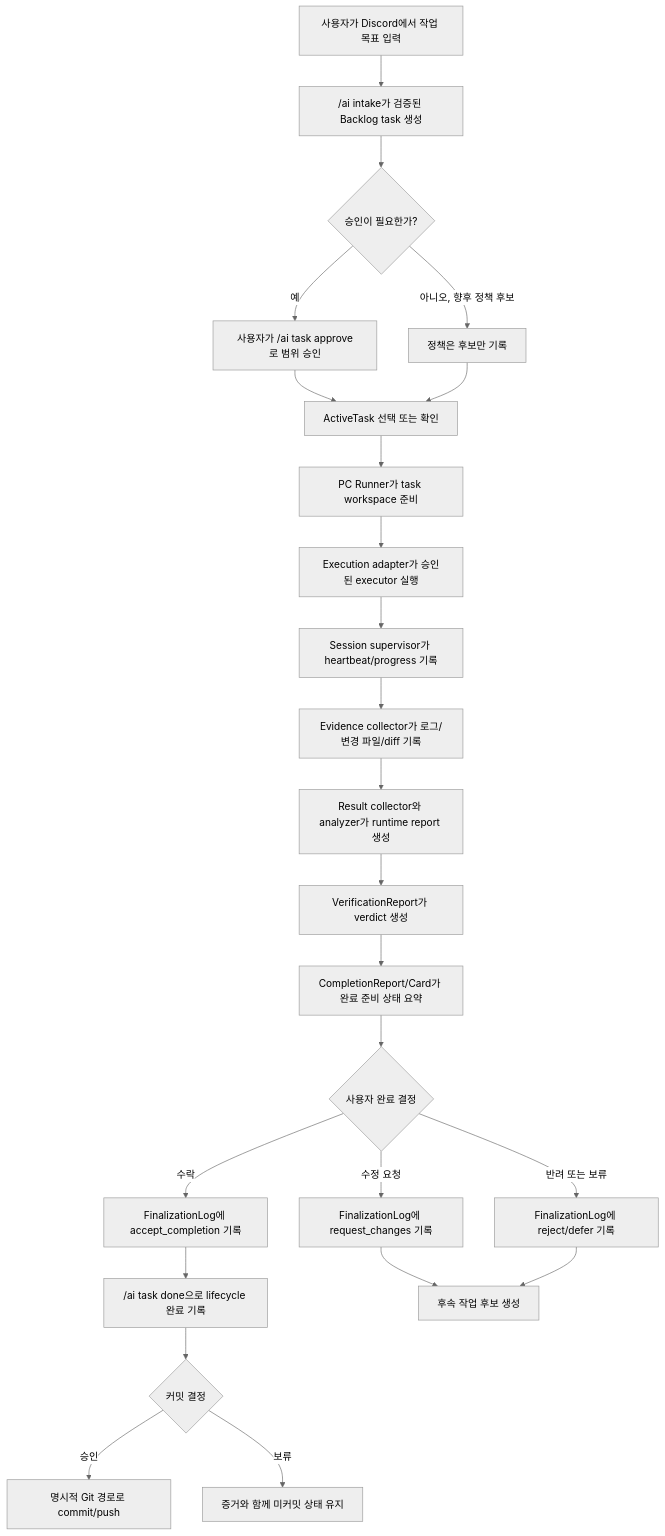
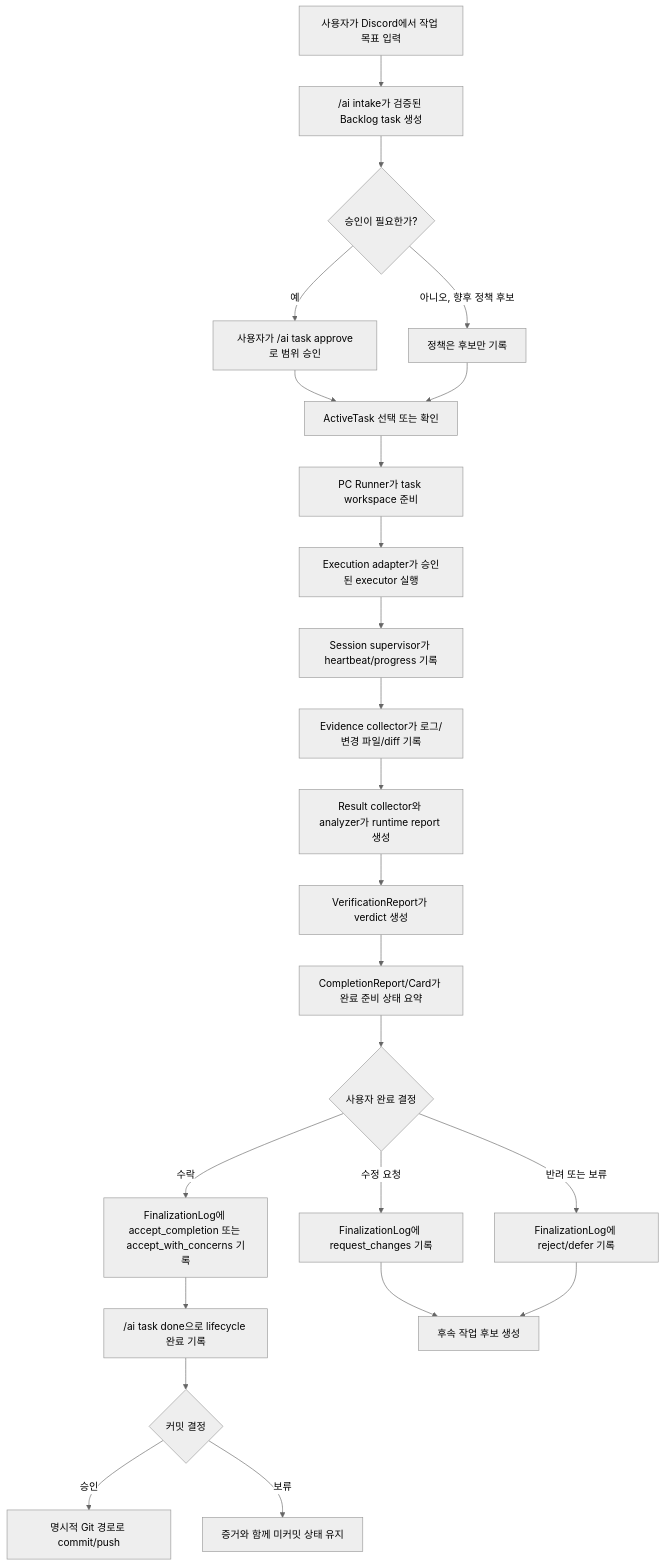
One commit to cv-918/play-ground changed the diagram in _Docs/AIWorkflow/FinalBlueprint/WF_End_To_End_Workflow_Technical_Spec_KR.md. Above: the diagram before and after it, drawn with Mermaid (neutral theme). The commit also changed other lines of this file and 28 other files, not shown here.

````diff
--- a/_Docs/AIWorkflow/FinalBlueprint/WF_End_To_End_Workflow_Technical_Spec_KR.md
+++ b/_Docs/AIWorkflow/FinalBlueprint/WF_End_To_End_Workflow_Technical_Spec_KR.md
@@ -61,26 +61,26 @@
 ```mermaid
 flowchart TD
   A["사용자가 Discord에서 작업 목표 입력"] --> B["/ai intake가 검증된 Backlog task 생성"]
   B --> C{"승인이 필요한가?"}
   C -->|예| D["사용자가 /ai task approve로 범위 승인"]
   C -->|아니오, 향후 정책 후보| E["정책은 후보만 기록"]
   D --> F["ActiveTask 선택 또는 확인"]
   E --> F
   F --> G["PC Runner가 task workspace 준비"]
   G --> H["Execution adapter가 승인된 executor 실행"]
   H --> I["Session supervisor가 heartbeat/progress 기록"]
   I --> J["Evidence collector가 로그/변경 파일/diff 기록"]
   J --> K["Result collector와 analyzer가 runtime report 생성"]
   K --> L["VerificationReport가 verdict 생성"]
   L --> M["CompletionReport/Card가 완료 준비 상태 요약"]
   M --> N{"사용자 완료 결정"}
-  N -->|수락| O["FinalizationLog에 accept_completion 기록"]
+  N -->|수락| O["FinalizationLog에 accept_completion 또는 accept_with_concerns 기록"]
   N -->|수정 요청| P["FinalizationLog에 request_changes 기록"]
   N -->|반려 또는 보류| Q["FinalizationLog에 reject/defer 기록"]
   O --> R["/ai task done으로 lifecycle 완료 기록"]
   P --> S["후속 작업 후보 생성"]
   Q --> S
   R --> T{"커밋 결정"}
   T -->|승인| U["명시적 Git 경로로 commit/push"]
   T -->|보류| V["증거와 함께 미커밋 상태 유지"]
 ```
````
